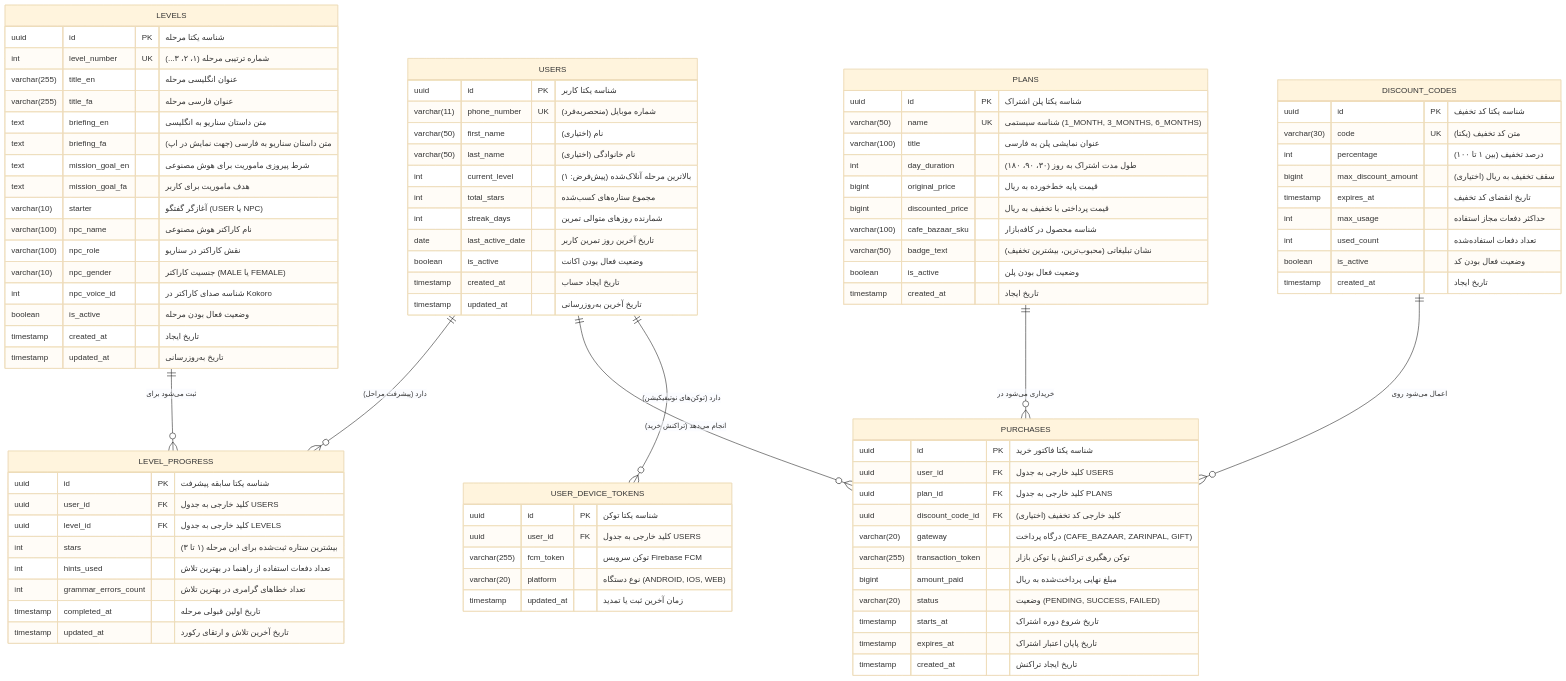
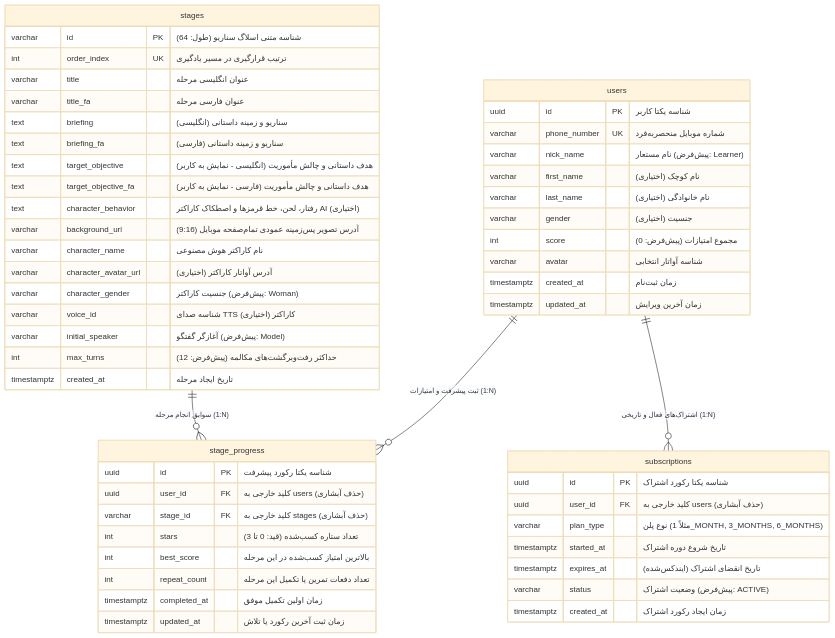
One commit to mahdiasd/AISpeakingPlus changed the diagram in DATABASE_SCHEMA.md. Above: the diagram before and after it, drawn with Mermaid (base theme). The commit also changed other lines of this file and 20 other files, not shown here.

Commit message:
docs: update database schema, API contracts, apidog spec, and feature documentation

````diff
--- a/DATABASE_SCHEMA.md
+++ b/DATABASE_SCHEMA.md
@@ -14,103 +16,60 @@
 ```mermaid
 erDiagram
-    USERS ||--o{ LEVEL_PROGRESS : "دارد (پیشرفت مراحل)"
-    USERS ||--o{ PURCHASES : "انجام می‌دهد (تراکنش خرید)"
-    USERS ||--o{ USER_DEVICE_TOKENS : "دارد (توکن‌های نوتیفیکیشن)"
-    
-    LEVELS ||--o{ LEVEL_PROGRESS : "ثبت می‌شود برای"
-    
-    PLANS ||--o{ PURCHASES : "خریداری می‌شود در"
-    
-    DISCOUNT_CODES ||--o{ PURCHASES : "اعمال می‌شود روی"
+    users ||--o{ stage_progress : "ثبت پیشرفت و امتیازات (1:N)"
+    users ||--o{ subscriptions : "اشتراک‌های فعال و تاریخی (1:N)"
+    stages ||--o{ stage_progress : "سوابق انجام مرحله (1:N)"
 
-    USERS {
+    users {
         uuid id PK "شناسه یکتا کاربر"
-        varchar(11) phone_number UK "شماره موبایل (منحصربه‌فرد)"
-        varchar(50) first_name "نام (اختیاری)"
-        varchar(50) last_name "نام خانوادگی (اختیاری)"
-        int current_level "بالاترین مرحله آنلاک‌شده (پیش‌فرض: ۱)"
-        int total_stars "مجموع ستاره‌های کسب‌شده"
-        int streak_days "شمارنده روزهای متوالی تمرین"
-        date last_active_date "تاریخ آخرین روز تمرین کاربر"
-        boolean is_active "وضعیت فعال بودن اکانت"
-        timestamp created_at "تاریخ ایجاد حساب"
-        timestamp updated_at "تاریخ آخرین به‌روزرسانی"
+        varchar phone_number UK "شماره موبایل منحصر‌به‌فرد"
+        varchar nick_name "نام مستعار (پیش‌فرض: Learner)"
+        varchar first_name "نام کوچک (اختیاری)"
+        varchar last_name "نام خانوادگی (اختیاری)"
+        varchar gender "جنسیت (اختیاری)"
+        int score "مجموع امتیازات (پیش‌فرض: 0)"
+        varchar avatar "شناسه آواتار انتخابی"
+        timestamptz created_at "زمان ثبت‌نام"
+        timestamptz updated_at "زمان آخرین ویرایش"
     }
 
-    LEVELS {
-        uuid id PK "شناسه یکتا مرحله"
-        int level_number UK "شماره ترتیبی مرحله (۱، ۲، ۳...)"
-        varchar(255) title_en "عنوان انگلیسی مرحله"
-        varchar(255) title_fa "عنوان فارسی مرحله"
-        text briefing_en "متن داستان سناریو به انگلیسی"
-        text briefing_fa "متن داستان سناریو به فارسی (جهت نمایش در اپ)"
-        text mission_goal_en "شرط پیروزی ماموریت برای هوش مصنوعی"
-        text mission_goal_fa "هدف ماموریت برای کاربر"
-        varchar(10) starter "آغازگر گفتگو (USER یا NPC)"
-        varchar(100) npc_name "نام کاراکتر هوش مصنوعی"
-        varchar(100) npc_role "نقش کاراکتر در سناریو"
-        varchar(10) npc_gender "جنسیت کاراکتر (MALE یا FEMALE)"
-        int npc_voice_id "شناسه صدای کاراکتر در Kokoro"
-        boolean is_active "وضعیت فعال بودن مرحله"
-        timestamp created_at "تاریخ ایجاد"
-        timestamp updated_at "تاریخ به‌روزرسانی"
+    stages {
+        varchar id PK "شناسه متنی اسلاگ سناریو (طول: 64)"
+        int order_index UK "ترتیب قرارگیری در مسیر یادگیری"
+        varchar title "عنوان انگلیسی مرحله"
+        varchar title_fa "عنوان فارسی مرحله"
+        text briefing "سناریو و زمینه داستانی (انگلیسی)"
+        text briefing_fa "سناریو و زمینه داستانی (فارسی)"
+        text target_objective "هدف داستانی و چالش مأموریت (انگلیسی - نمایش به کاربر)"
+        text target_objective_fa "هدف داستانی و چالش مأموریت (فارسی - نمایش به کاربر)"
+        text character_behavior "رفتار، لحن، خط قرمزها و اصطکاک کاراکتر AI (اختیاری)"
+        varchar background_url "آدرس تصویر پس‌زمینه عمودی تمام‌صفحه موبایل (9:16)"
+        varchar character_name "نام کاراکتر هوش مصنوعی"
+        varchar character_avatar_url "آدرس آواتار کاراکتر (اختیاری)"
+        varchar character_gender "جنسیت کاراکتر (پیش‌فرض: Woman)"
+        varchar voice_id "شناسه صدای TTS کاراکتر (اختیاری)"
+        varchar initial_speaker "آغازگر گفتگو (پیش‌فرض: Model)"
+        int max_turns "حداکثر رفت‌وبرگشت‌های مکالمه (پیش‌فرض: 12)"
+        timestamptz created_at "تاریخ ایجاد مرحله"
     }
 
-    LEVEL_PROGRESS {
-        uuid id PK "شناسه یکتا سابقه پیشرفت"
-        uuid user_id FK "کلید خارجی به جدول USERS"
-        uuid level_id FK "کلید خارجی به جدول LEVELS"
-        int stars "بیشترین ستاره ثبت‌شده برای این مرحله (۱ تا ۳)"
-        int hints_used "تعداد دفعات استفاده از راهنما در بهترین تلاش"
-        int grammar_errors_count "تعداد خطاهای گرامری در بهترین تلاش"
-        timestamp completed_at "تاریخ اولین قبولی مرحله"
-        timestamp updated_at "تاریخ آخرین تلاش و ارتقای رکورد"
+    stage_progress {
+        uuid id PK "شناسه یکتا رکورد پیشرفت"
+        uuid user_id FK "کلید خارجی به users (حذف آبشاری)"
+        varchar stage_id FK "کلید خارجی به stages (حذف آبشاری)"
+        int stars "تعداد ستاره کسب‌شده (قید: 0 تا 3)"
+        int best_score "بالاترین امتیاز کسب‌شده در این مرحله"
+        int repeat_count "تعداد دفعات تمرین یا تکمیل این مرحله"
+        timestamptz completed_at "زمان اولین تکمیل موفق"
+        timestamptz updated_at "زمان ثبت آخرین رکورد یا تلاش"
     }
 
-    PLANS {
-        uuid id PK "شناسه یکتا پلن اشتراک"
-        varchar(50) name UK "شناسه سیستمی (1_MONTH, 3_MONTHS, 6_MONTHS)"
-        varchar(100) title "عنوان نمایشی پلن به فارسی"
-        int day_duration "طول مدت اشتراک به روز (۳۰، ۹۰، ۱۸۰)"
-        bigint original_price "قیمت پایه خط‌خورده به ریال"
-        bigint discounted_price "قیمت پرداختی با تخفیف به ریال"
-        varchar(100) cafe_bazaar_sku "شناسه محصول در کافه‌بازار"
-        varchar(50) badge_text "نشان تبلیغاتی (محبوب‌ترین، بیشترین تخفیف)"
-        boolean is_active "وضعیت فعال بودن پلن"
-        timestamp created_at "تاریخ ایجاد"
-    }
-
-    DISCOUNT_CODES {
-        uuid id PK "شناسه یکتا کد تخفیف"
-        varchar(30) code UK "متن کد تخفیف (یکتا)"
-        int percentage "درصد تخفیف (بین ۱ تا ۱۰۰)"
-        bigint max_discount_amount "سقف تخفیف به ریال (اختیاری)"
-        timestamp expires_at "تاریخ انقضای کد تخفیف"
-        int max_usage "حداکثر دفعات مجاز استفاده"
-        int used_count "تعداد دفعات استفاده‌شده"
-        boolean is_active "وضعیت فعال بودن کد"
-        timestamp created_at "تاریخ ایجاد"
-    }
-
-    PURCHASES {
-        uuid id PK "شناسه یکتا فاکتور خرید"
-        uuid user_id FK "کلید خارجی به جدول USERS"
-        uuid plan_id FK "کلید خارجی به جدول PLANS"
-        uuid discount_code_id FK "کلید خارجی کد تخفیف (اختیاری)"
-        varchar(20) gateway "درگاه پرداخت (CAFE_BAZAAR, ZARINPAL, GIFT)"
-        varchar(255) transaction_token "توکن رهگیری تراکنش یا توکن بازار"
-        bigint amount_paid "مبلغ نهایی پرداخت‌شده به ریال"
-        varchar(20) status "وضعیت (PENDING, SUCCESS, FAILED)"
-        timestamp starts_at "تاریخ شروع دوره اشتراک"
-        timestamp expires_at "تاریخ پایان اعتبار اشتراک"
-        timestamp created_at "تاریخ ایجاد تراکنش"
-    }
-
-    USER_DEVICE_TOKENS {
-        uuid id PK "شناسه یکتا توکن"
-        uuid user_id FK "کلید خارجی به جدول USERS"
-        varchar(255) fcm_token "توکن سرویس Firebase FCM"
-        varchar(20) platform "نوع دستگاه (ANDROID, IOS, WEB)"
-        timestamp updated_at "زمان آخرین ثبت یا تمدید"
+    subscriptions {
+        uuid id PK "شناسه یکتا رکورد اشتراک"
+        uuid user_id FK "کلید خارجی به users (حذف آبشاری)"
+        varchar plan_type "نوع پلن (مثلاً 1_MONTH, 3_MONTHS, 6_MONTHS)"
+        timestamptz started_at "تاریخ شروع دوره اشتراک"
+        timestamptz expires_at "تاریخ انقضای اشتراک (ایندکس‌شده)"
+        varchar status "وضعیت اشتراک (پیش‌فرض: ACTIVE)"
+        timestamptz created_at "زمان ایجاد رکورد اشتراک"
     }
 ```
````
